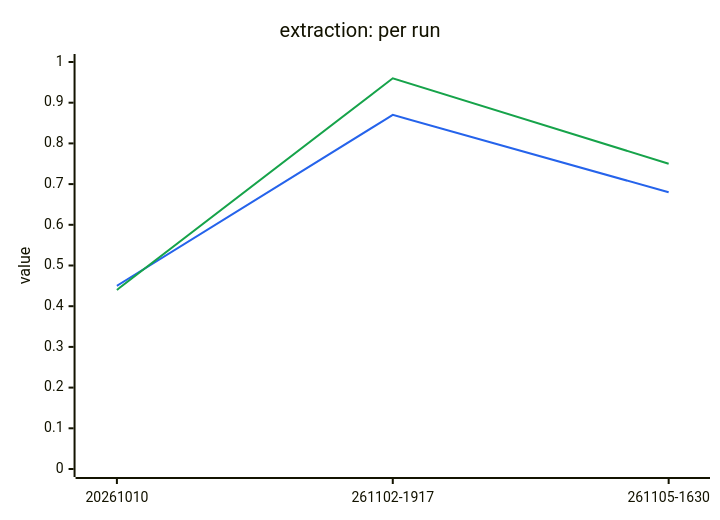
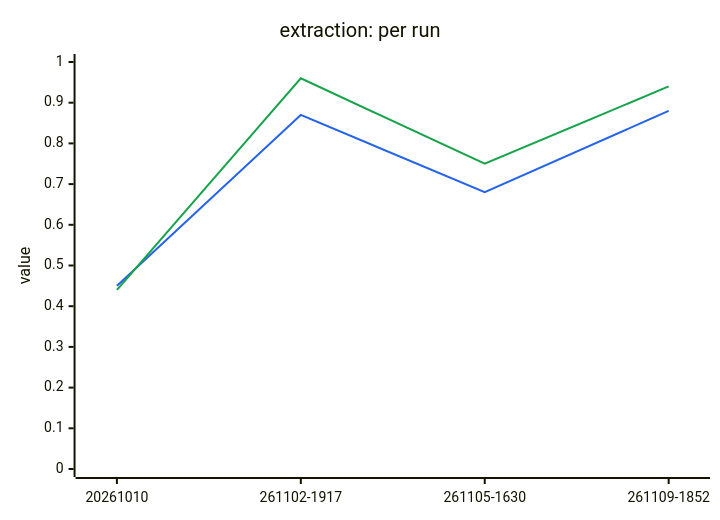
One commit to megagonlabs/blue-data-user-source changed the diagram in lib/tests/benchmarks/extraction/results/README.md. Above: the diagram before and after it, drawn with Mermaid. The commit also changed other lines of this file and 5 other files, not shown here.

````diff
--- a/lib/tests/benchmarks/extraction/results/README.md
+++ b/lib/tests/benchmarks/extraction/results/README.md
@@ -28,9 +28,9 @@
 ```mermaid
 %%{init: {"themeVariables": {"xyChart": {"plotColorPalette": "#2563eb, #16a34a"}}}}%%
 xychart-beta
     title "extraction: per run"
-    x-axis ["20261010", "261102-1917", "261105-1630"]
+    x-axis ["20261010", "261102-1917", "261105-1630", "261109-1852"]
     y-axis "value" 0 --> 1
-    line [0.45, 0.87, 0.68]
-    line [0.44, 0.96, 0.75]
+    line [0.45, 0.87, 0.68, 0.88]
+    line [0.44, 0.96, 0.75, 0.94]
 ```
````
